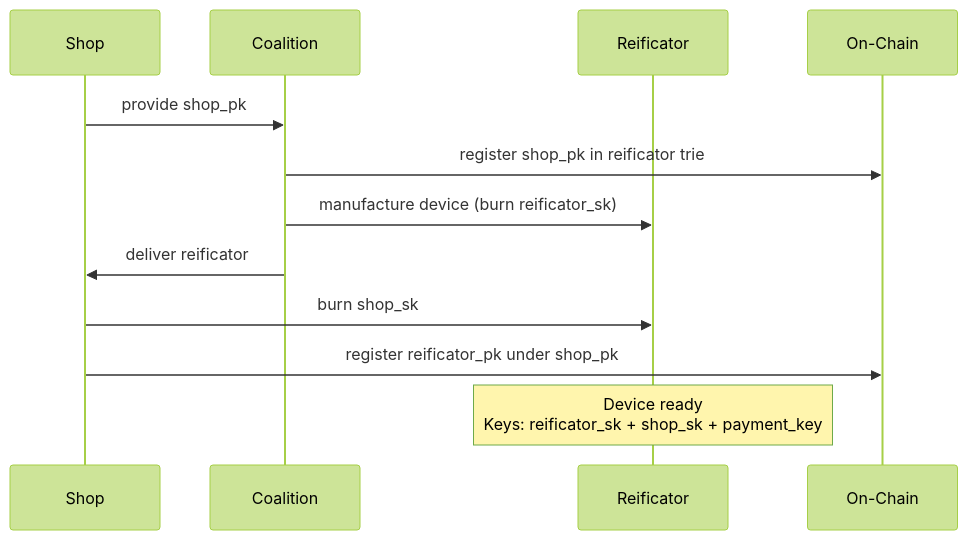
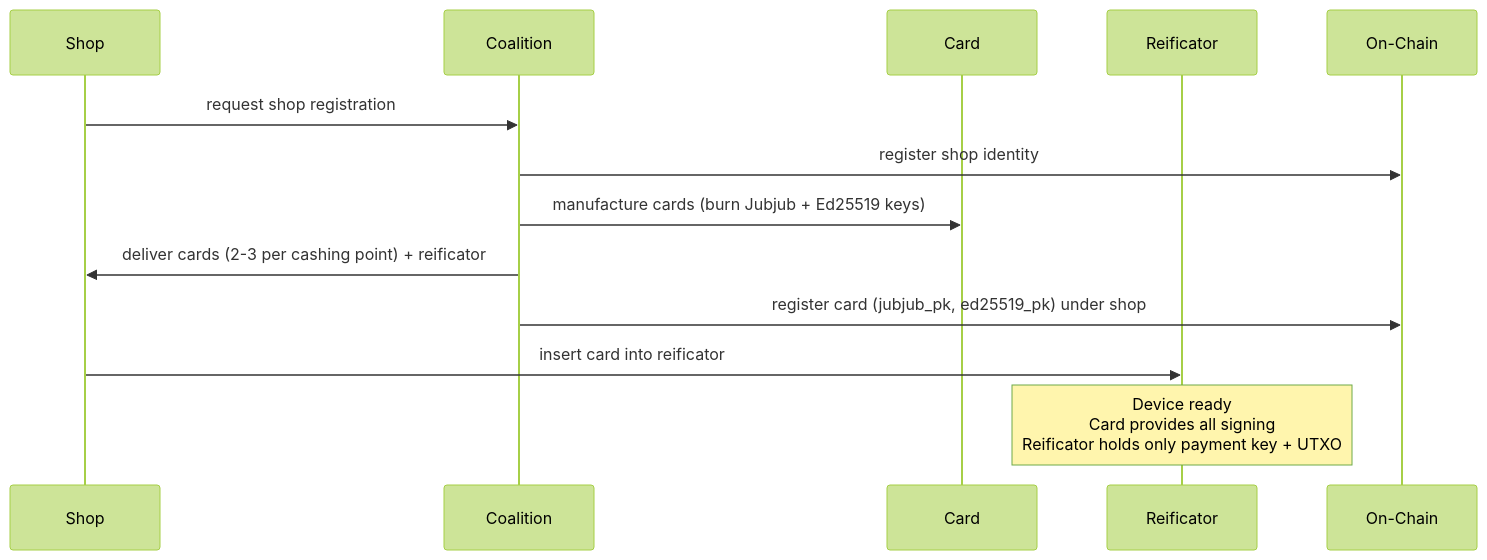
The second of 8 diagrams in docs/protocol/lifecycle.md (lambdasistemi/harvest), drawn with Mermaid (forest theme) before and after one commit. The commit also changed other lines of this file and 9 other files, not shown here.

First line of the commit message:
docs: update all specs and protocol docs for card-based identity model

````diff
--- a/docs/protocol/lifecycle.md
+++ b/docs/protocol/lifecycle.md
@@ -19,15 +19,16 @@
 ```mermaid
 sequenceDiagram
     participant S as Shop
     participant CO as Coalition
+    participant CD as Card
     participant R as Reificator
     participant L1 as On-Chain
 
-    S->>CO: provide shop_pk
-    CO->>L1: register shop_pk in reificator trie
-    CO->>R: manufacture device (burn reificator_sk)
-    CO->>S: deliver reificator
-    S->>R: burn shop_sk
-    S->>L1: register reificator_pk under shop_pk
-    Note over R: Device ready<br/>Keys: reificator_sk + shop_sk + payment_key
+    S->>CO: request shop registration
+    CO->>L1: register shop identity
+    CO->>CD: manufacture cards (burn Jubjub + Ed25519 keys)
+    CO->>S: deliver cards (2-3 per cashing point) + reificator
+    CO->>L1: register card (jubjub_pk, ed25519_pk) under shop
+    S->>R: insert card into reificator
+    Note over R: Device ready<br/>Card provides all signing<br/>Reificator holds only payment key + UTXO
 ```
````
